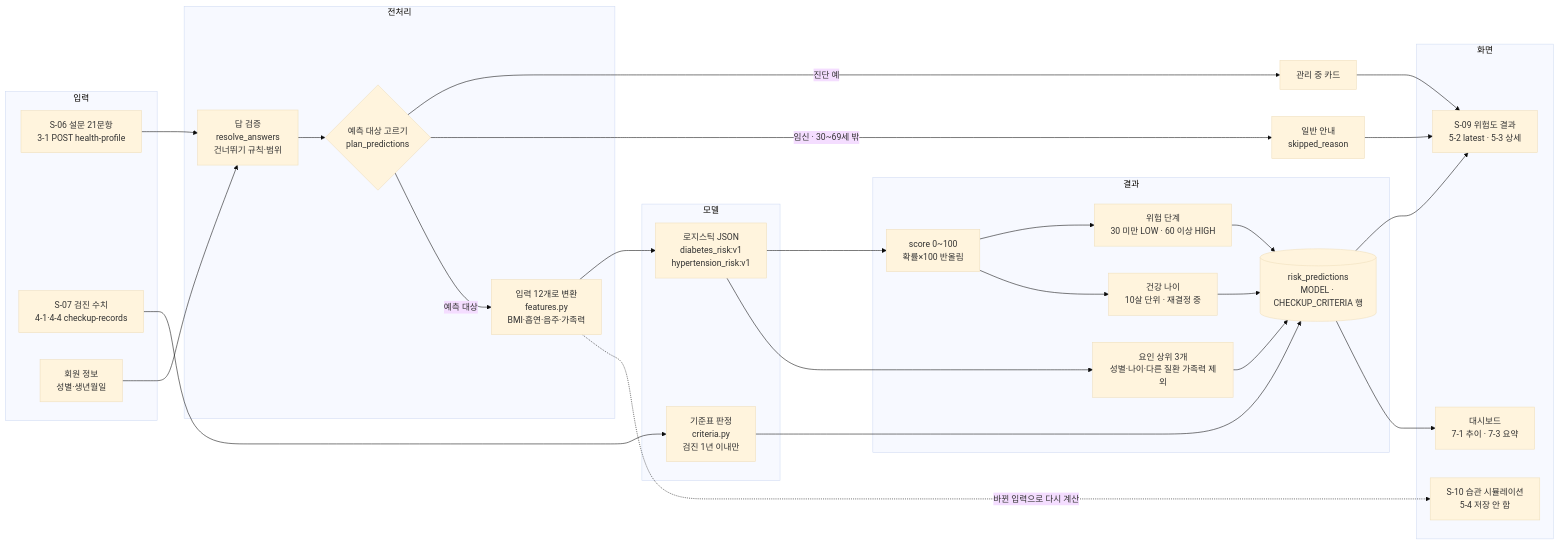
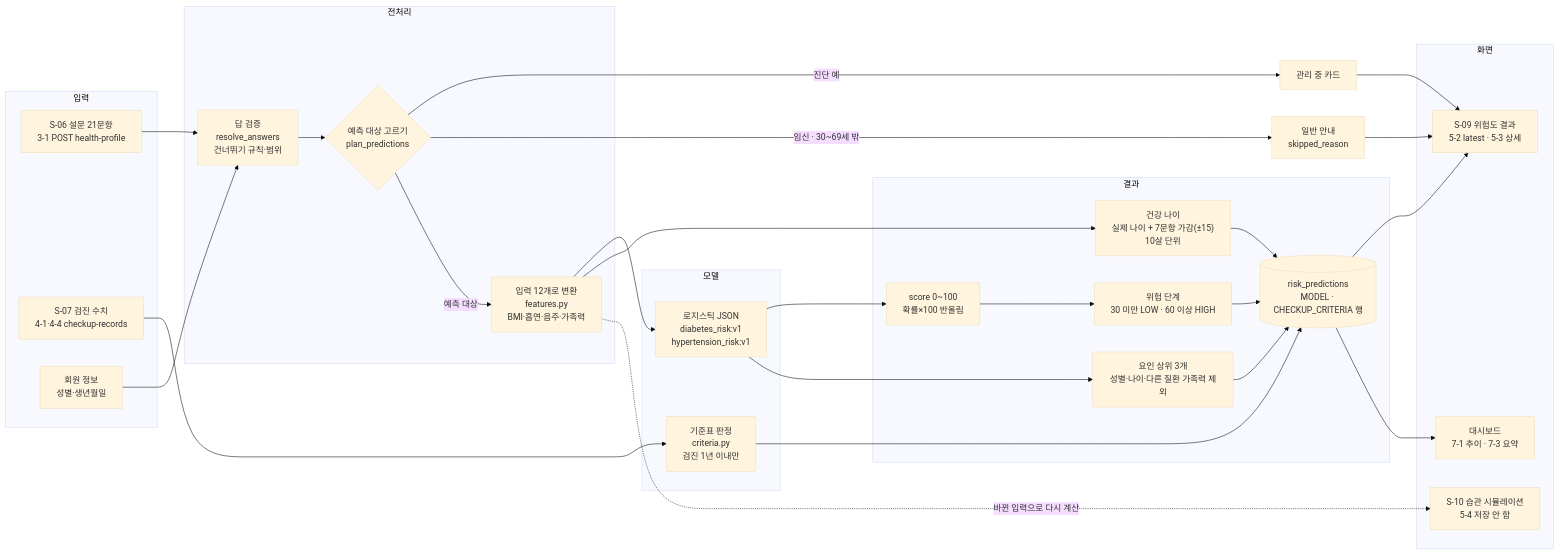
The diagram in docs/prediction-pipeline.md (AI-HealthCare-07/pair2care), drawn with Mermaid (base theme) before and after one commit. The commit also changed other lines of this file and 1 other file, not shown here.

````diff
--- a/docs/prediction-pipeline.md
+++ b/docs/prediction-pipeline.md
@@ -7,54 +7,54 @@
 ```mermaid
 flowchart LR
     subgraph G1["입력"]
         A["S-06 설문 21문항<br/>3-1 POST health-profile"]
         B["S-07 검진 수치<br/>4-1·4-4 checkup-records"]
         U["회원 정보<br/>성별·생년월일"]
     end
 
     subgraph G2["전처리"]
         V["답 검증<br/>resolve_answers<br/>건너뛰기 규칙·범위"]
         PL{"예측 대상 고르기<br/>plan_predictions"}
         F["입력 12개로 변환<br/>features.py<br/>BMI·흡연·음주·가족력"]
     end
 
     subgraph G3["모델"]
         M["로지스틱 JSON<br/>diabetes_risk:v1<br/>hypertension_risk:v1"]
         C["기준표 판정<br/>criteria.py<br/>검진 1년 이내만"]
     end
 
     subgraph G4["결과"]
         S["score 0~100<br/>확률×100 반올림"]
         L["위험 단계<br/>30 미만 LOW · 60 이상 HIGH"]
         FA["요인 상위 3개<br/>성별·나이·다른 질환 가족력 제외"]
-        HA["건강 나이<br/>10살 단위 · 재결정 중"]
+        HA["건강 나이<br/>실제 나이 + 7문항 가감(±15)<br/>10살 단위"]
         DB[("risk_predictions<br/>MODEL · CHECKUP_CRITERIA 행")]
     end
 
     subgraph G5["화면"]
         S09["S-09 위험도 결과<br/>5-2 latest · 5-3 상세"]
         S10["S-10 습관 시뮬레이션<br/>5-4 저장 안 함"]
         D["대시보드<br/>7-1 추이 · 7-3 요약"]
     end
 
     A --> V
     U --> V
     V --> PL
     PL -- "진단 예" --> MG["관리 중 카드"]
     PL -- "임신 · 30~69세 밖" --> SK["일반 안내<br/>skipped_reason"]
     PL -- "예측 대상" --> F
     F --> M
     B --> C
     M --> S --> L
     M --> FA
-    S --> HA
+    F --> HA
     L --> DB
     FA --> DB
     HA --> DB
     C --> DB
     MG --> S09
     SK --> S09
     DB --> S09
     DB --> D
     F -. "바뀐 입력으로 다시 계산" .-> S10
 ```
````
